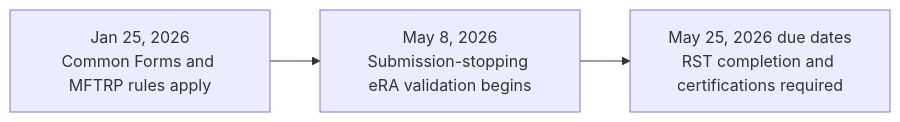
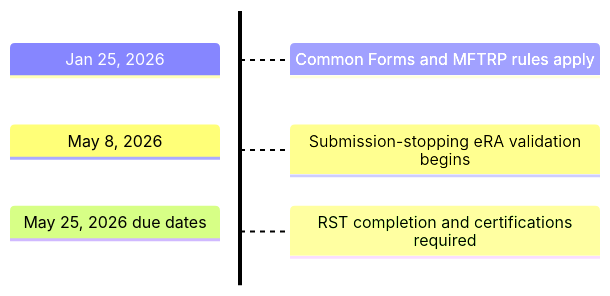
One commit to FritscheLab/nih-sciencv-playbook changed the diagram in docs/policy/effective-dates.md. Above: the diagram before and after it, drawn with Mermaid. The commit also changed other lines of this file and 60 other files, not shown here.

Commit message:
feat: refresh NIH guidance and harden CPOS XML validation

````diff
--- a/docs/policy/effective-dates.md
+++ b/docs/policy/effective-dates.md
@@ -21,7 +26,8 @@
 ```mermaid
-flowchart LR
-    accTitle: NIH Common Forms effective date timeline
-    accDescr: A timeline showing the January 25 Common Forms and MFTRP start, May 8 system enforcement, and May 25 research security training requirements.
-    A["Jan 25, 2026<br/>Common Forms and MFTRP rules apply"] --> B["May 8, 2026<br/>Submission-stopping eRA validation begins"]
-    B --> C["May 25, 2026 due dates<br/>RST completion and certifications required"]
+timeline TD
+    accTitle: NIH Common Forms and research-security dates
+    accDescr: Three milestones: Common Forms and MFTRP rules apply January 25, submission-stopping eRA validation begins May 8, and RST completion and certifications are required for May 25 due dates.
+    Jan 25, 2026 : Common Forms and MFTRP rules apply
+    May 8, 2026 : Submission-stopping eRA validation begins
+    May 25, 2026 due dates : RST completion and certifications required
 ```
````
